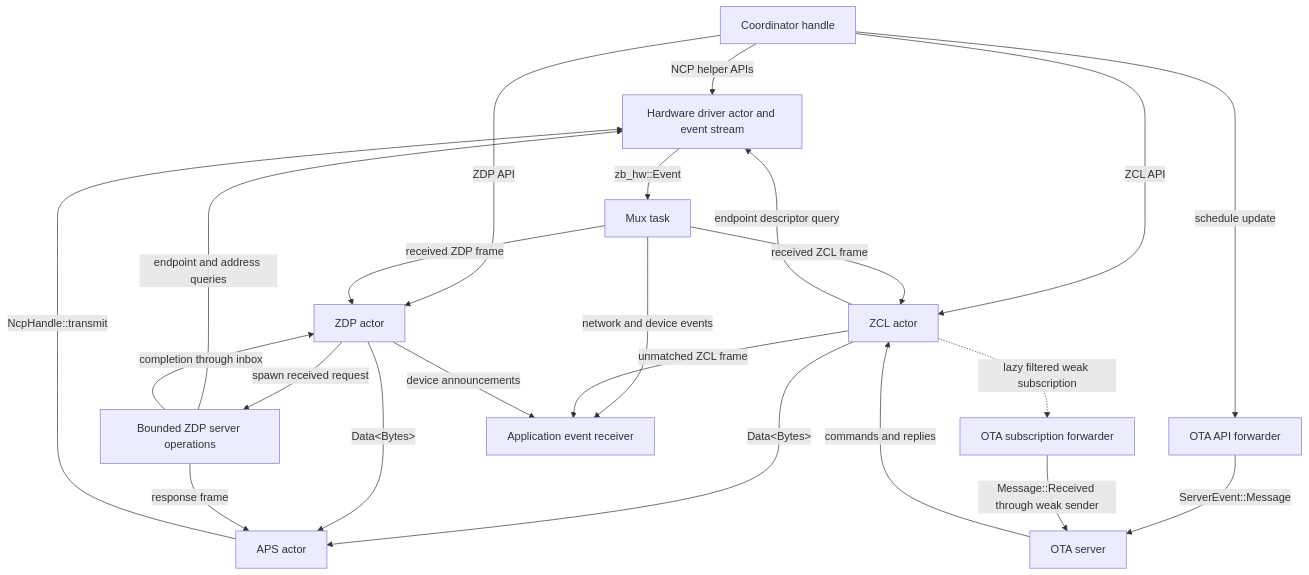
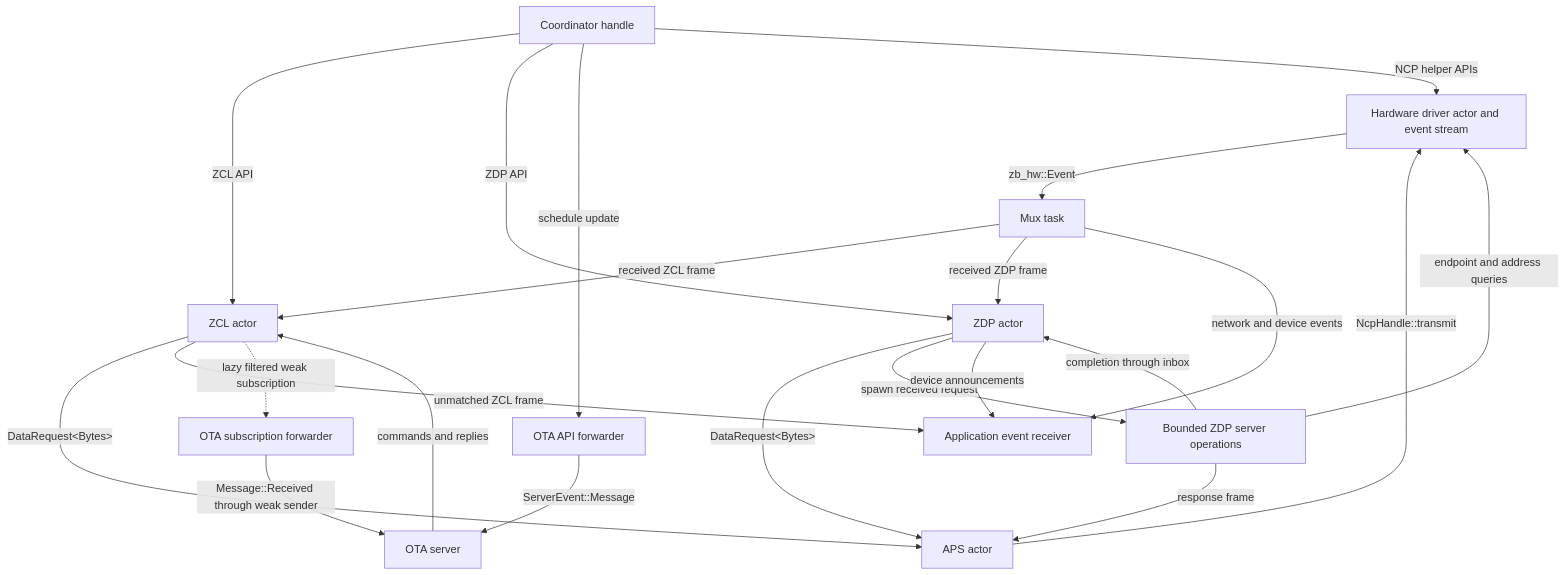
The first of 4 diagrams in coordinator/ARCHITECTURE.md (PaulmannLighting/apis-saltans), drawn with Mermaid before and after one commit. The commit also changed other lines of this file and 1 other file, not shown here.

Commit message:
docs: align actor topology and ZCL flows with implementation

````diff
--- a/coordinator/ARCHITECTURE.md
+++ b/coordinator/ARCHITECTURE.md
@@ -8,37 +8,36 @@
 ```mermaid
 flowchart TD
     HW[Hardware driver actor and event stream]
     C[Coordinator handle]
     APS[APS actor]
     ZCL[ZCL actor]
     ZDP[ZDP actor]
     ZDPO[Bounded ZDP server operations]
     OTA[OTA server]
     OTAA[OTA API forwarder]
     OTAS[OTA subscription forwarder]
     M[Mux task]
     APP[Application event receiver]
 
     C -->|ZCL API| ZCL
     C -->|ZDP API| ZDP
     C -->|schedule update| OTAA
     OTAA -->|ServerEvent::Message| OTA
     C -->|NCP helper APIs| HW
-    ZCL -->|Data&lt;Bytes&gt;| APS
-    ZDP -->|Data&lt;Bytes&gt;| APS
-    ZCL -->|endpoint descriptor query| HW
+    ZCL -->|DataRequest&lt;Bytes&gt;| APS
+    ZDP -->|DataRequest&lt;Bytes&gt;| APS
     ZDP -->|spawn received request| ZDPO
     ZDPO -->|endpoint and address queries| HW
     ZDPO -->|response frame| APS
     ZDPO -->|completion through inbox| ZDP
     APS -->|NcpHandle::transmit| HW
     HW -->|zb_hw::Event| M
     M -->|received ZCL frame| ZCL
     M -->|received ZDP frame| ZDP
     M -->|network and device events| APP
     ZCL -->|unmatched ZCL frame| APP
     ZCL -.->|lazy filtered weak subscription| OTAS
     OTAS -->|Message::Received through weak sender| OTA
     OTA -->|commands and replies| ZCL
     ZDP -->|device announcements| APP
 ```
````
